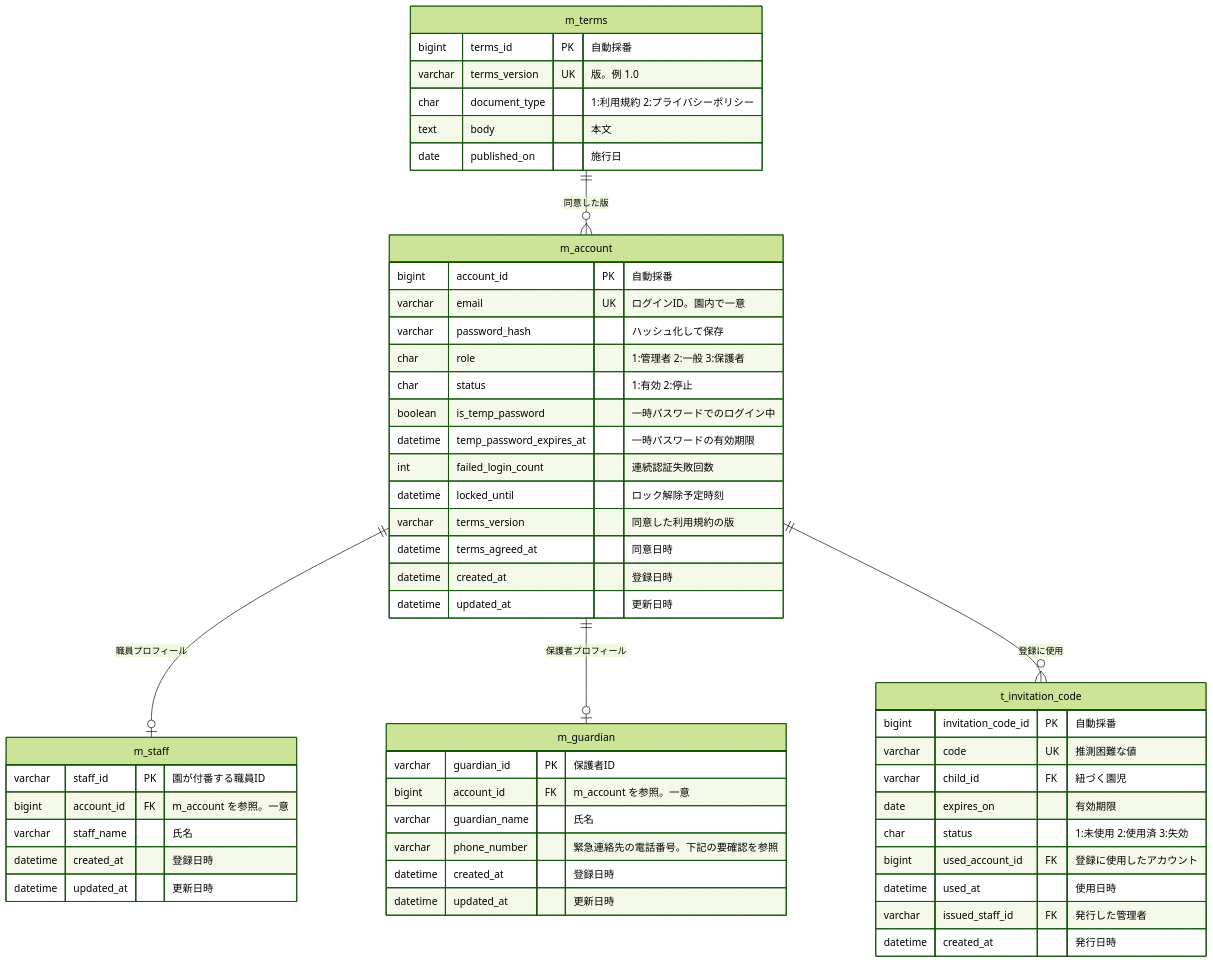
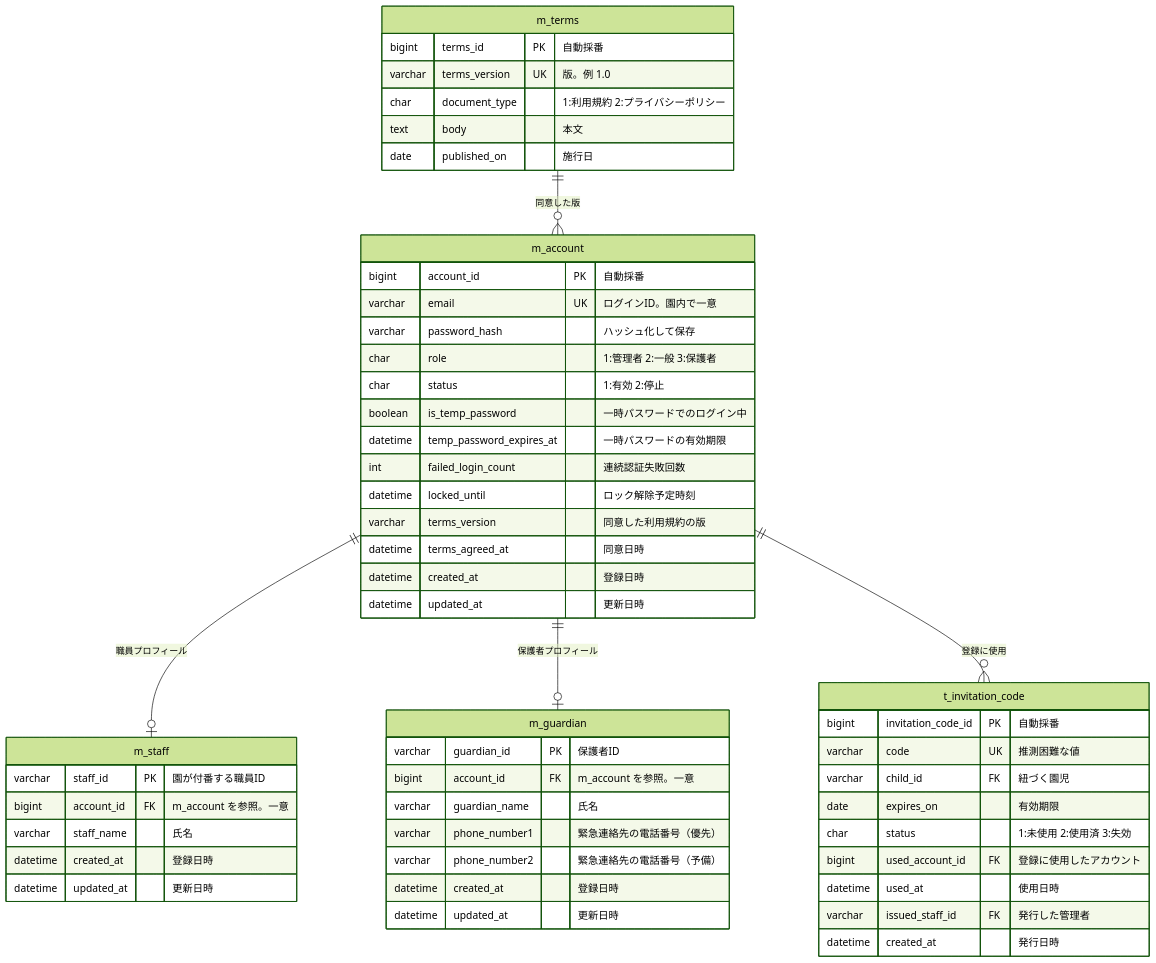
One commit to issei0423/sukusuku_system changed the second of 8 diagrams in 図/ER図.md. Above: the diagram before and after it, drawn with Mermaid (forest theme). The commit also changed other lines of this file and 10 other files, not shown here.

````diff
--- a/図/ER図.md
+++ b/図/ER図.md
@@ -91,56 +92,57 @@
 ```mermaid
 erDiagram
     m_account ||--o| m_staff : "職員プロフィール"
     m_account ||--o| m_guardian : "保護者プロフィール"
     m_account ||--o{ t_invitation_code : "登録に使用"
     m_terms ||--o{ m_account : "同意した版"
 
     m_account {
         bigint account_id PK "自動採番"
         varchar email UK "ログインID。園内で一意"
         varchar password_hash "ハッシュ化して保存"
         char role "1:管理者 2:一般 3:保護者"
         char status "1:有効 2:停止"
         boolean is_temp_password "一時パスワードでのログイン中"
         datetime temp_password_expires_at "一時パスワードの有効期限"
         int failed_login_count "連続認証失敗回数"
         datetime locked_until "ロック解除予定時刻"
         varchar terms_version "同意した利用規約の版"
         datetime terms_agreed_at "同意日時"
         datetime created_at "登録日時"
         datetime updated_at "更新日時"
     }
     m_staff {
         varchar staff_id PK "園が付番する職員ID"
         bigint account_id FK "m_account を参照。一意"
         varchar staff_name "氏名"
         datetime created_at "登録日時"
         datetime updated_at "更新日時"
     }
     m_guardian {
         varchar guardian_id PK "保護者ID"
         bigint account_id FK "m_account を参照。一意"
         varchar guardian_name "氏名"
-        varchar phone_number "緊急連絡先の電話番号。下記の要確認を参照"
+        varchar phone_number1 "緊急連絡先の電話番号（優先）"
+        varchar phone_number2 "緊急連絡先の電話番号（予備）"
         datetime created_at "登録日時"
         datetime updated_at "更新日時"
     }
     m_terms {
         bigint terms_id PK "自動採番"
         varchar terms_version UK "版。例 1.0"
         char document_type "1:利用規約 2:プライバシーポリシー"
         text body "本文"
         date published_on "施行日"
     }
     t_invitation_code {
         bigint invitation_code_id PK "自動採番"
         varchar code UK "推測困難な値"
         varchar child_id FK "紐づく園児"
         date expires_on "有効期限"
         char status "1:未使用 2:使用済 3:失効"
         bigint used_account_id FK "登録に使用したアカウント"
         datetime used_at "使用日時"
         varchar issued_staff_id FK "発行した管理者"
         datetime created_at "発行日時"
     }
 ```
````
